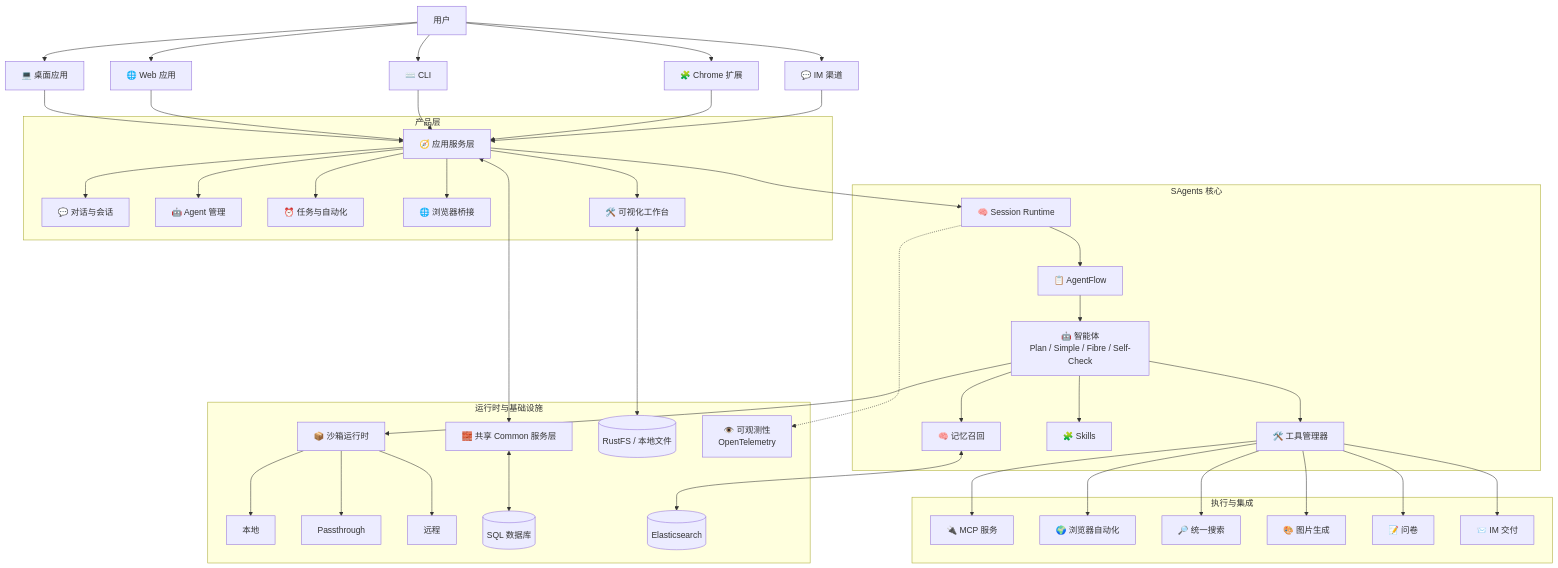
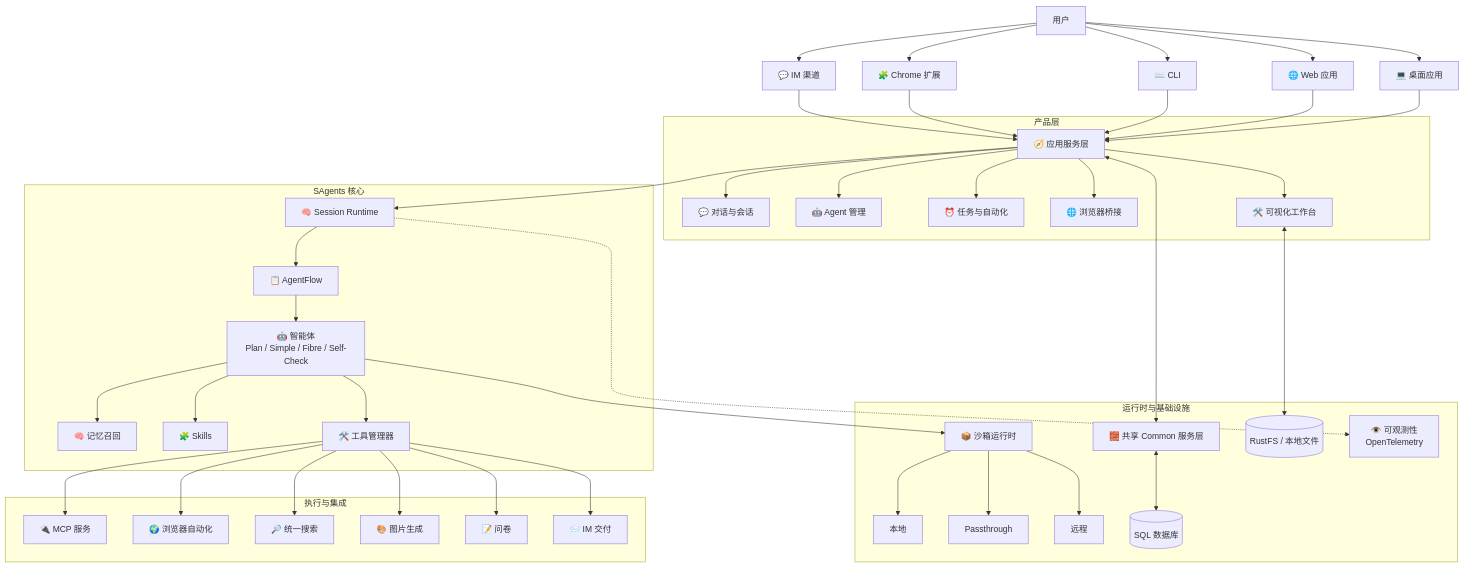
One commit to ZHangZHengEric/Sage changed the diagram in README_CN.md. Above: the diagram before and after it, drawn with Mermaid. The commit also changed other lines of this file and 111 other files, not shown here.

````diff
--- a/README_CN.md
+++ b/README_CN.md
@@ -148,52 +145,51 @@
 ```mermaid
 graph TD
     User[用户] --> Desktop[💻 桌面应用]
     User --> Web[🌐 Web 应用]
     User --> CLI[⌨️ CLI]
     User --> Ext[🧩 Chrome 扩展]
     User --> IM[💬 IM 渠道]
 
     Desktop --> AppLayer[🧭 应用服务层]
     Web --> AppLayer
     CLI --> AppLayer
     Ext --> AppLayer
     IM --> AppLayer
 
     subgraph App[产品层]
         AppLayer --> Chat[💬 对话与会话]
         AppLayer --> AgentsUI[🤖 Agent 管理]
         AppLayer --> Tasks[⏰ 任务与自动化]
         AppLayer --> Browser[🌐 浏览器桥接]
         AppLayer --> Workbench[🛠️ 可视化工作台]
     end
 
     subgraph Core[SAgents 核心]
         AppLayer --> Runtime[🧠 Session Runtime]
         Runtime --> Flow[📋 AgentFlow]
         Flow --> Agents["🤖 智能体<br/>Plan / Simple / Fibre / Self-Check"]
         Agents --> Memory[🧠 记忆召回]
         Agents --> Skills[🧩 Skills]
         Agents --> ToolMgr[🛠️ 工具管理器]
     end
 
     subgraph Tools[执行与集成]
         ToolMgr --> MCP[🔌 MCP 服务]
         ToolMgr --> BrowserTools[🌍 浏览器自动化]
         ToolMgr --> Search[🔎 统一搜索]
         ToolMgr --> ImageGen[🎨 图片生成]
         ToolMgr --> Questionnaire[📝 问卷]
         ToolMgr --> IMTools[📨 IM 交付]
     end
 
     subgraph RuntimeEnv[运行时与基础设施]
         Agents --> Sandbox[📦 沙箱运行时]
         Sandbox --> Local[本地]
         Sandbox --> Pass[Passthrough]
         Sandbox --> Remote[远程]
         AppLayer <--> Common[🧱 共享 Common 服务层]
         Common <--> DB[(SQL 数据库)]
-        Memory <--> ES[(Elasticsearch)]
         Workbench <--> FS[(RustFS / 本地文件)]
         Runtime -.-> Obs["👁️ 可观测性<br/>OpenTelemetry"]
     end
 ```
````
